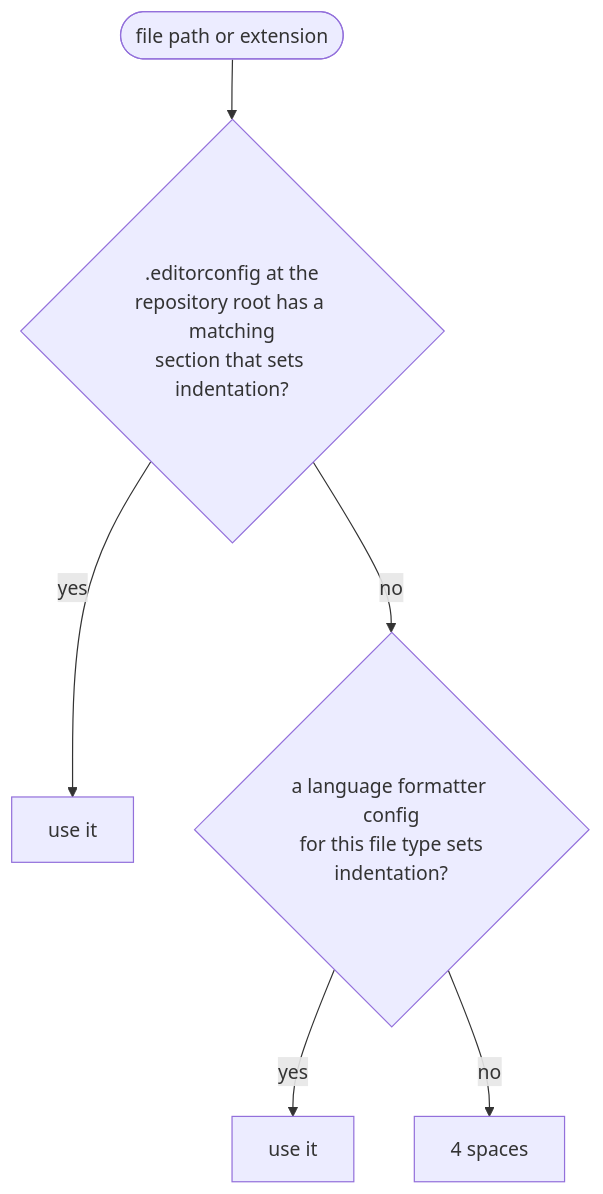
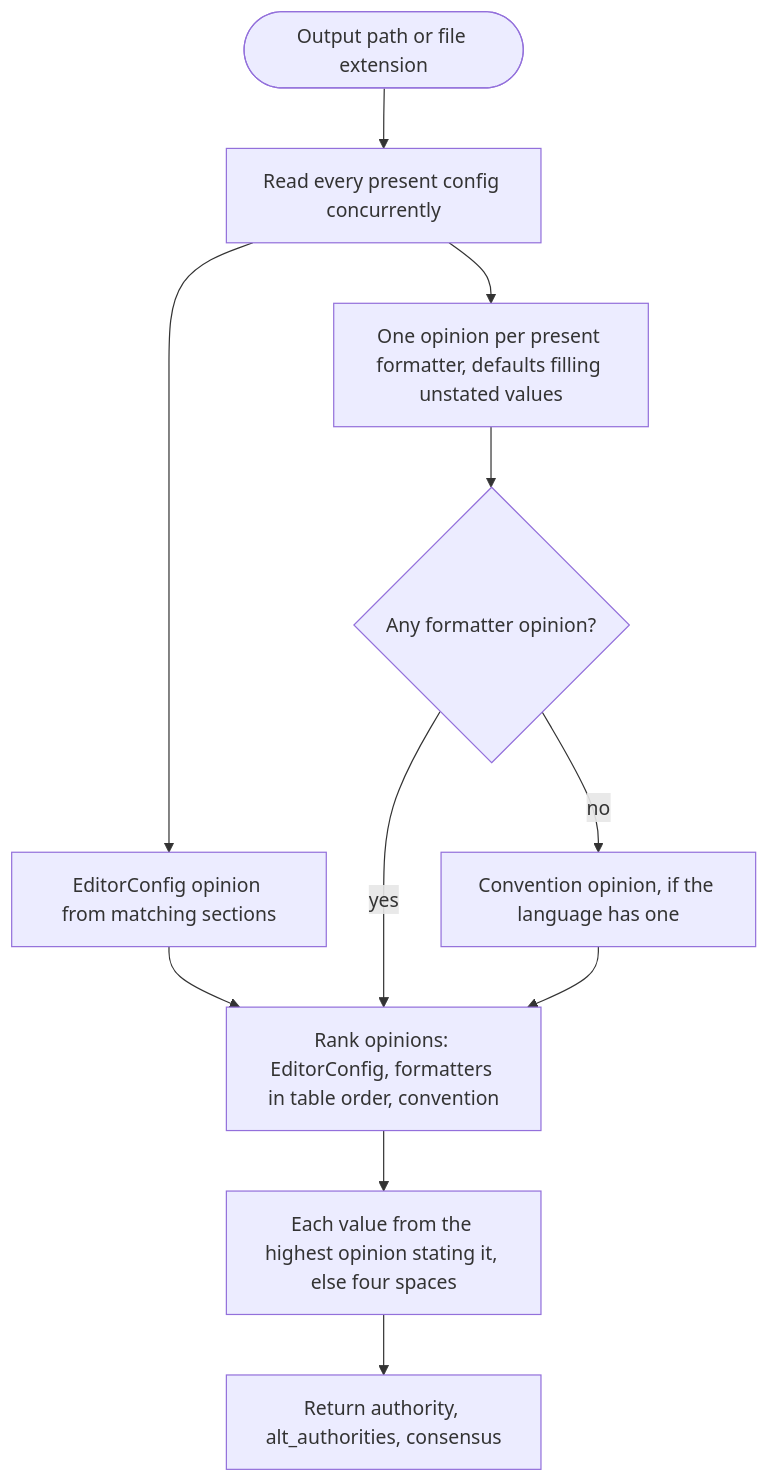
Before and after one commit to yankeeinlondon/rusty-biscuit: the diagram in claudine/features/2026-11-20-contextual-indents/spec.md, drawn with Mermaid. The commit also changed other lines of this file and 1 other file, not shown here.

````diff
--- a/claudine/features/2026-11-20-contextual-indents/spec.md
+++ b/claudine/features/2026-11-20-contextual-indents/spec.md
@@ -39,8 +104,13 @@
 ```mermaid
 flowchart TD
-    start([file path or extension]) --> ec{".editorconfig at the<br/>repository root has a matching<br/>section that sets indentation?"}
-    ec -- yes --> useEc[use it]
-    ec -- no --> lang{"a language formatter config<br/>for this file type sets<br/>indentation?"}
-    lang -- yes --> useLang[use it]
-    lang -- no --> def[4 spaces]
+    start([Output path or file extension]) --> gather[Read every present config concurrently]
+    gather --> ec[EditorConfig opinion from matching sections]
+    gather --> fmt[One opinion per present formatter, defaults filling unstated values]
+    fmt --> any{Any formatter opinion?}
+    any -- no --> conv[Convention opinion, if the language has one]
+    ec --> rank[Rank opinions: EditorConfig, formatters in table order, convention]
+    any -- yes --> rank
+    conv --> rank
+    rank --> fill[Each value from the highest opinion stating it, else four spaces]
+    fill --> result[Return authority, alt_authorities, consensus]
 ```
````
